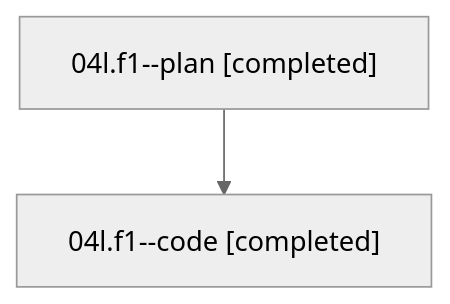
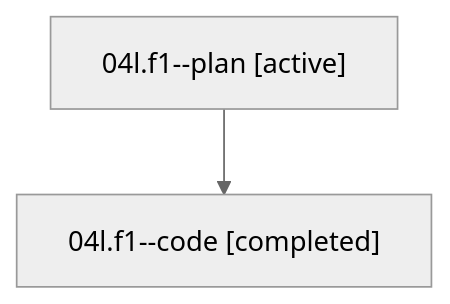
Before and after one commit to sase-org/sase--agents: the diagram in families/bbugyi200.athena.04l.f1.md, drawn with Mermaid (neutral theme). The commit also changed other lines of this file and 35830 other files, not shown here.

````diff
--- a/families/bbugyi200.athena.04l.f1.md
+++ b/families/bbugyi200.athena.04l.f1.md
@@ -9,6 +9,6 @@
 ```mermaid
 flowchart TD
-  n0["04l.f1--plan [completed]"]
+  n0["04l.f1--plan [active]"]
   n1["04l.f1--code [completed]"]
   n0 --> n1
 ```
````
